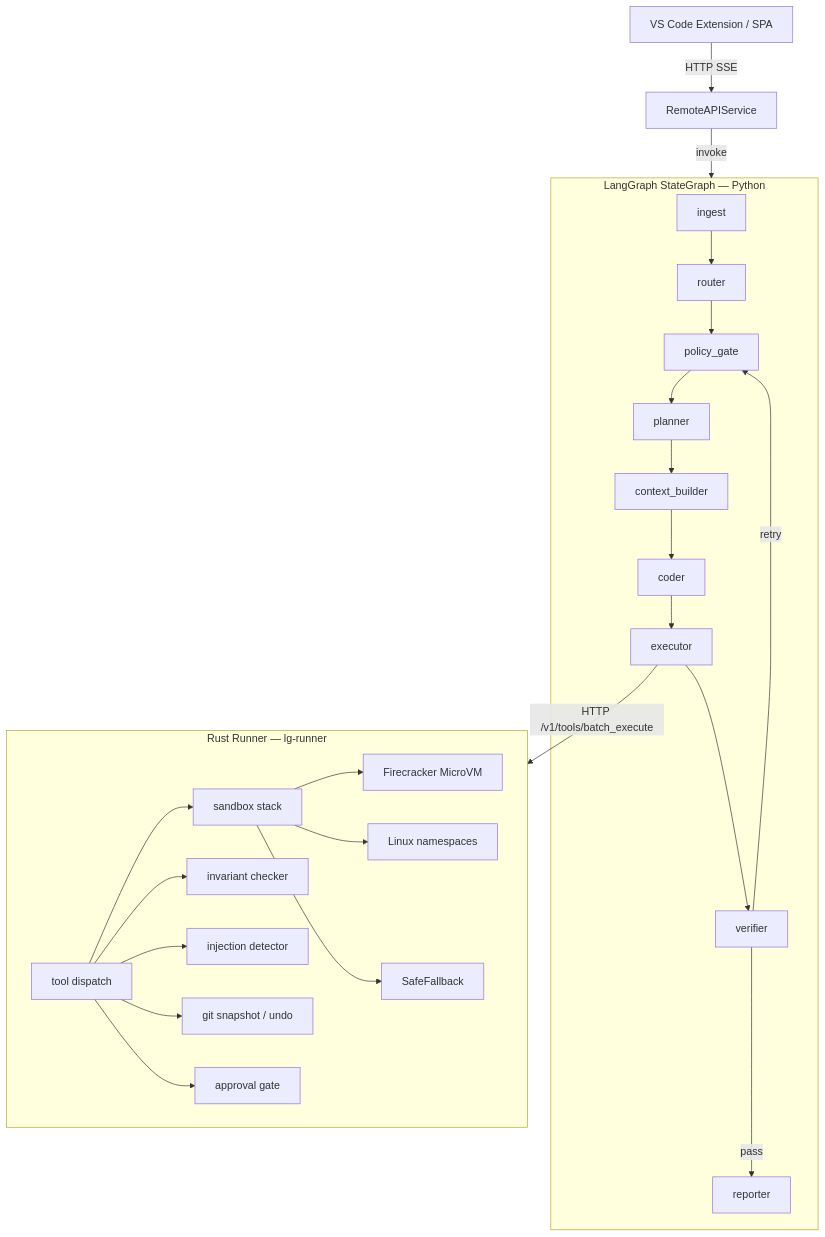
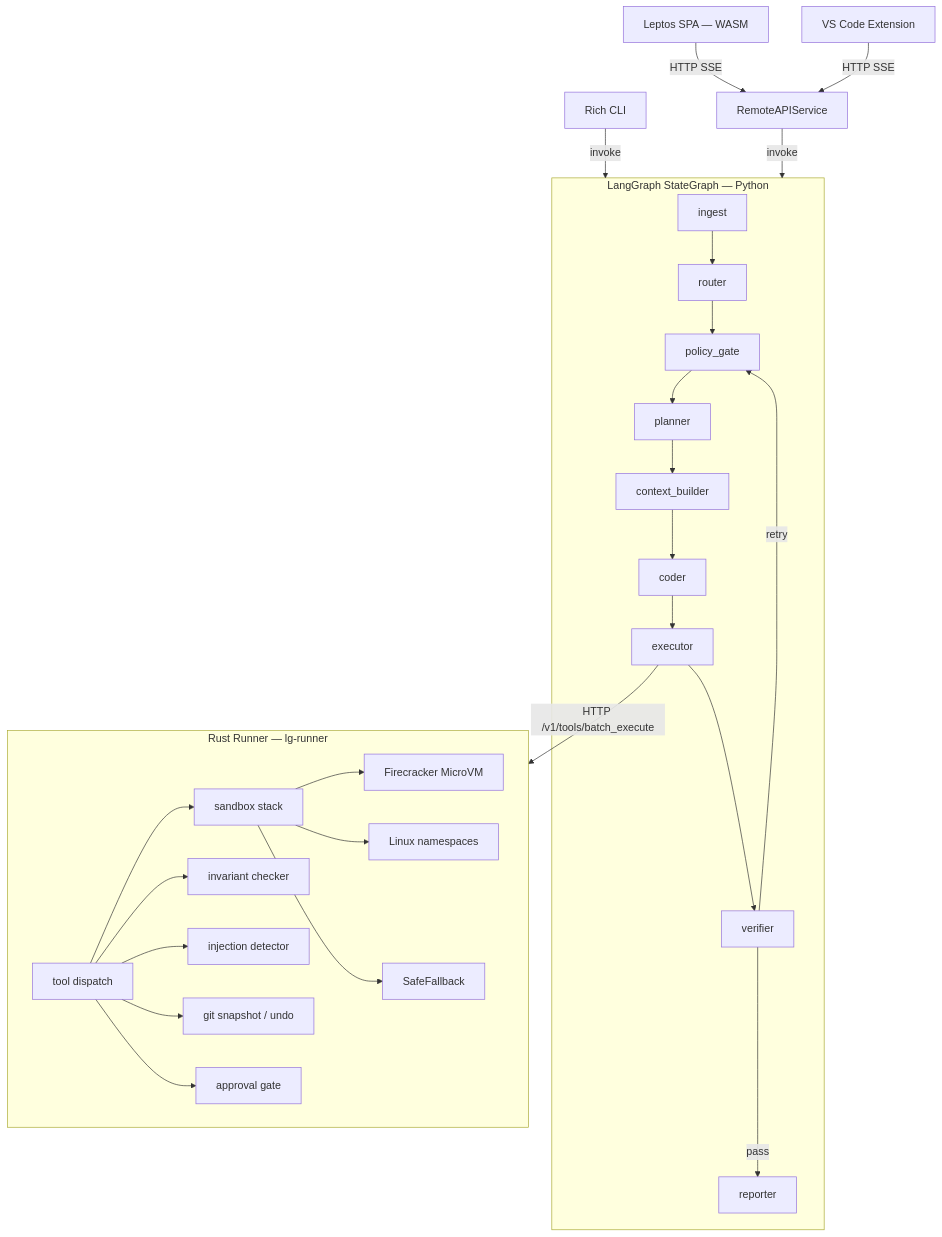
Before and after one commit to christianmeurer/Lula: the diagram in README.md, drawn with Mermaid. The commit also changed other lines of this file and 7 other files, not shown here.

````diff
--- a/README.md
+++ b/README.md
@@ -33,30 +33,32 @@
 ```mermaid
 graph TD
-    EXT[VS Code Extension / SPA] -->|HTTP SSE| API[RemoteAPIService]
+    SPA[Leptos SPA — WASM] -->|HTTP SSE| API[RemoteAPIService]
+    EXT[VS Code Extension] -->|HTTP SSE| API
+    CLI[Rich CLI] -->|invoke| GRAPH
     API -->|invoke| GRAPH
 
     subgraph GRAPH [LangGraph StateGraph — Python]
         A[ingest] --> B[router]
         B --> C[policy_gate]
         C --> D[planner]
         D --> E[context_builder]
         E --> F[coder]
         F --> G[executor]
         G --> H[verifier]
         H -->|retry| C
         H -->|pass| I[reporter]
     end
 
     G -->|HTTP /v1/tools/batch_execute| RUNNER
 
     subgraph RUNNER [Rust Runner — lg-runner]
         TA[tool dispatch] --> SB[sandbox stack]
         SB --> FC[Firecracker MicroVM]
         SB --> LN[Linux namespaces]
         SB --> SF[SafeFallback]
         TA --> INV[invariant checker]
         TA --> INJECTDET[injection detector]
         TA --> SNAP[git snapshot / undo]
         TA --> APPR[approval gate]
     end
 ```
````
